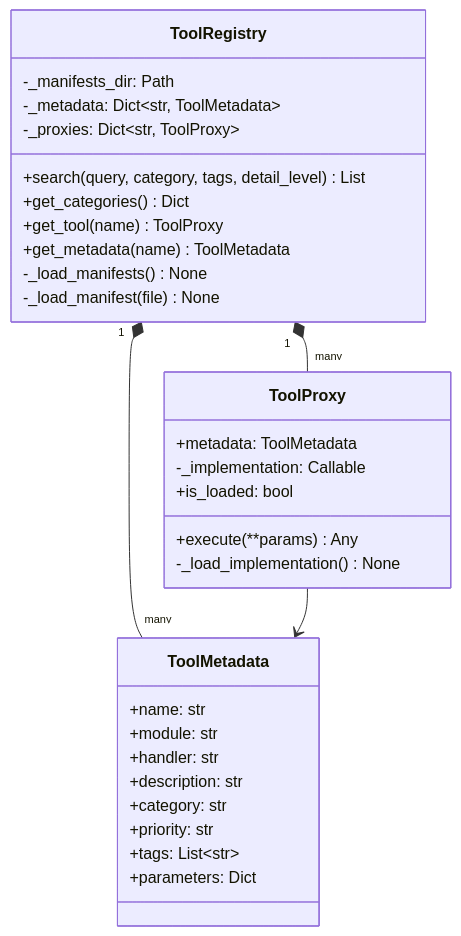
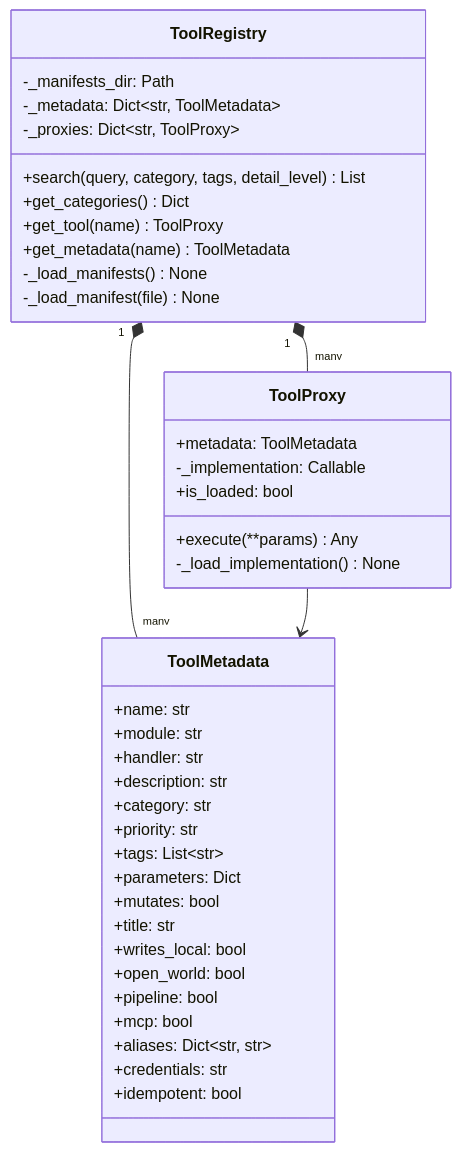
One commit to NetDevAutomate/unifi_management_cli changed the eighth of 16 diagrams in docs/architecture/codemap.md. Above: the diagram before and after it, drawn with Mermaid. The commit also changed other lines of this file, not shown here.

First line of the commit message:
docs(architecture): refresh the codemap

````diff
--- a/docs/architecture/codemap.md
+++ b/docs/architecture/codemap.md
@@ -1148,37 +1192,46 @@
 ```mermaid
 classDiagram
     class ToolMetadata {
         +name: str
         +module: str
         +handler: str
         +description: str
         +category: str
         +priority: str
         +tags: List~str~
         +parameters: Dict
+        +mutates: bool
+        +title: str
+        +writes_local: bool
+        +open_world: bool
+        +pipeline: bool
+        +mcp: bool
+        +aliases: Dict~str, str~
+        +credentials: str
+        +idempotent: bool
     }
 
     class ToolProxy {
         +metadata: ToolMetadata
         -_implementation: Callable
         +execute(**params) Any
         +is_loaded: bool
         -_load_implementation() None
     }
 
     class ToolRegistry {
         -_manifests_dir: Path
         -_metadata: Dict~str, ToolMetadata~
         -_proxies: Dict~str, ToolProxy~
         +search(query, category, tags, detail_level) List
         +get_categories() Dict
         +get_tool(name) ToolProxy
         +get_metadata(name) ToolMetadata
         -_load_manifests() None
         -_load_manifest(file) None
     }
 
     ToolRegistry "1" *-- "many" ToolMetadata
     ToolRegistry "1" *-- "many" ToolProxy
     ToolProxy --> ToolMetadata
 ```
````
